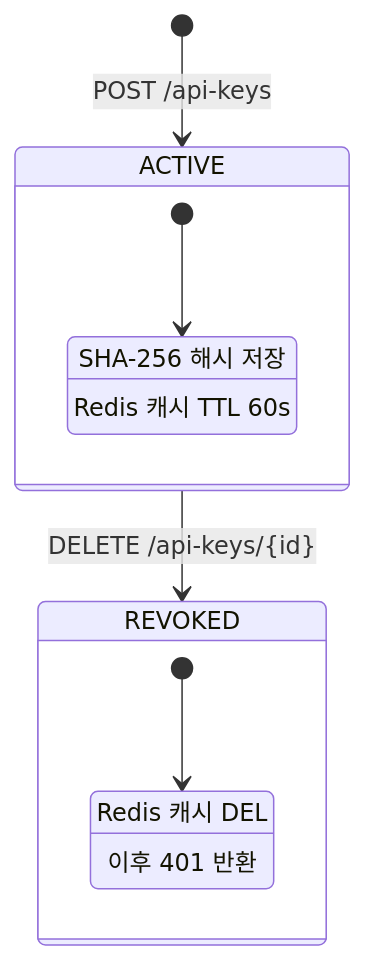
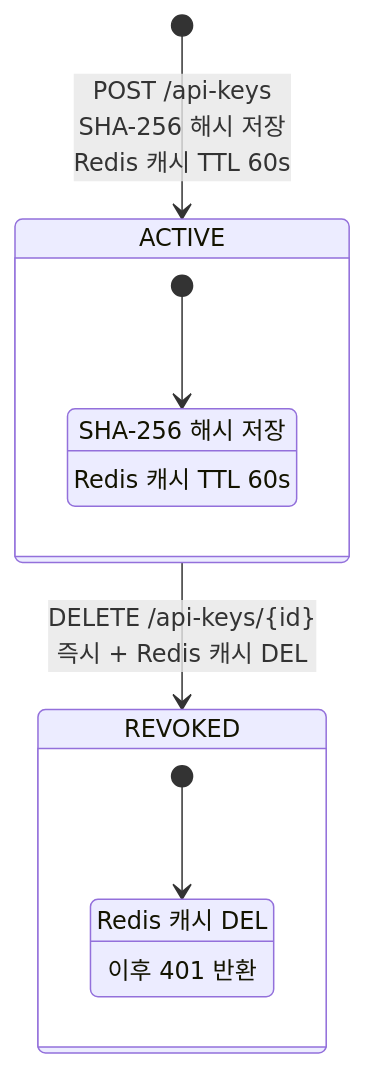
Before and after one commit to S-Onix/queue-platform: the third of 3 diagrams in doc/STATE.md, drawn with Mermaid. The commit also changed other lines of this file and 4 other files, not shown here.

````diff
--- a/doc/STATE.md
+++ b/doc/STATE.md
@@ -101,17 +85,18 @@
 ```mermaid
 stateDiagram-v2
-    [*] --> ACTIVE : POST /api-keys
-    ACTIVE --> REVOKED : DELETE /api-keys/{id}
+    [*] --> ACTIVE : POST /api-keys<br/>SHA-256 해시 저장<br/>Redis 캐시 TTL 60s
+
+    ACTIVE --> REVOKED : DELETE /api-keys/{id}<br/>즉시 + Redis 캐시 DEL
 
     state ACTIVE {
-        [*] --> normal
-        normal : SHA-256 해시 저장
-        normal : Redis 캐시 TTL 60s
+        [*] --> 정상운영
+        정상운영 : SHA-256 해시 저장
+        정상운영 : Redis 캐시 TTL 60s
     }
 
     state REVOKED {
-        [*] --> invalid
-        invalid : Redis 캐시 DEL
-        invalid : 이후 401 반환
+        [*] --> 즉시무효화
+        즉시무효화 : Redis 캐시 DEL
+        즉시무효화 : 이후 401 반환
     }
 ```
````
